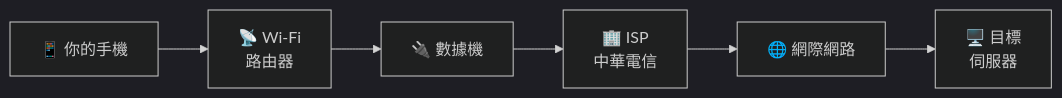
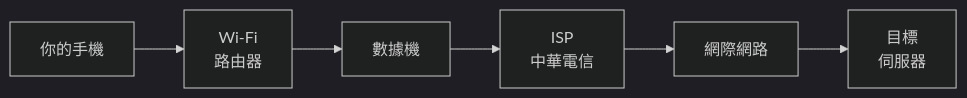
The diagram in src/content/posts/how-the-internet-works.md (happyloa/Personal-Blog), drawn with Mermaid (dark theme) before and after one commit. The commit also changed 13 other files, not shown here.

Commit message:
修整文章格式與 Mermaid 圖表

````diff
--- a/src/content/posts/how-the-internet-works.md
+++ b/src/content/posts/how-the-internet-works.md
@@ -65,8 +65,8 @@
 ```mermaid
 flowchart LR
-    A["📱 你的手機"] --> B["📡 Wi-Fi\n路由器"]
-    B --> C["🔌 數據機"]
-    C --> D["🏢 ISP\n中華電信"]
-    D --> E["🌐 網際網路"]
-    E --> F["🖥️ 目標\n伺服器"]
+    A["你的手機"] --> B["Wi-Fi\n路由器"]
+    B --> C["數據機"]
+    C --> D["ISP\n中華電信"]
+    D --> E["網際網路"]
+    E --> F["目標\n伺服器"]
 ```
````
